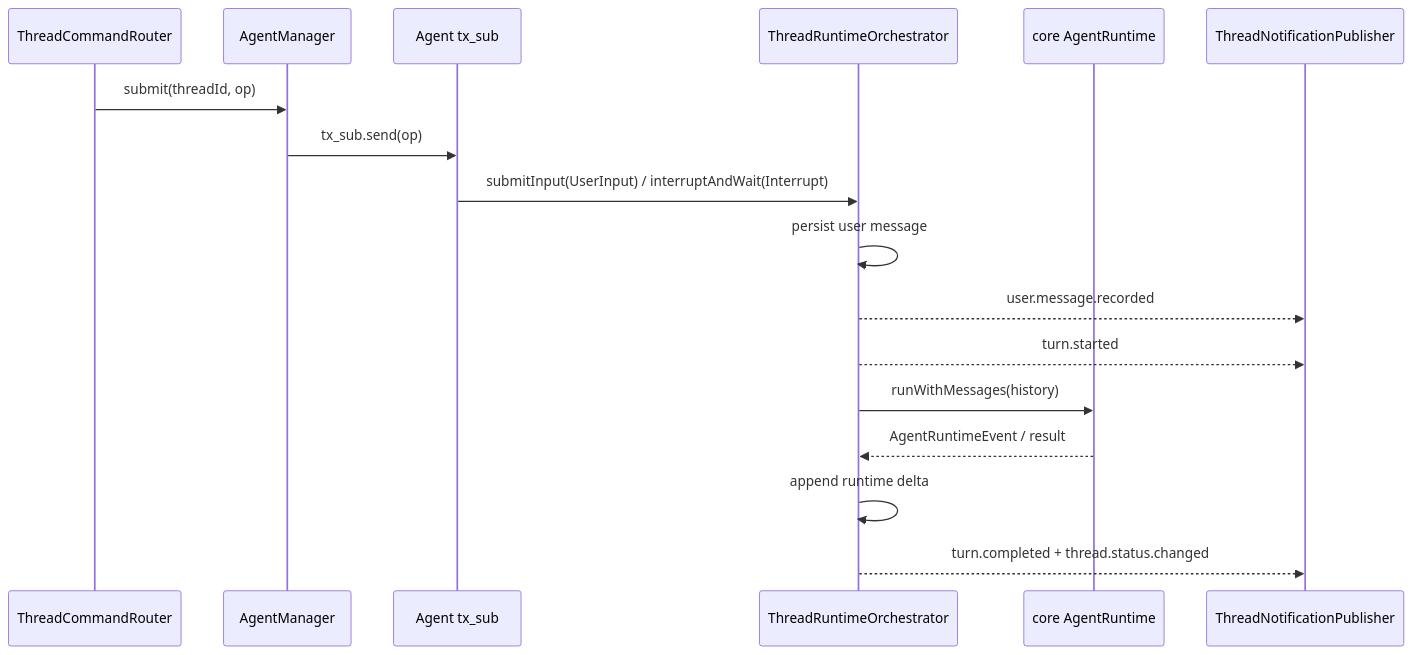
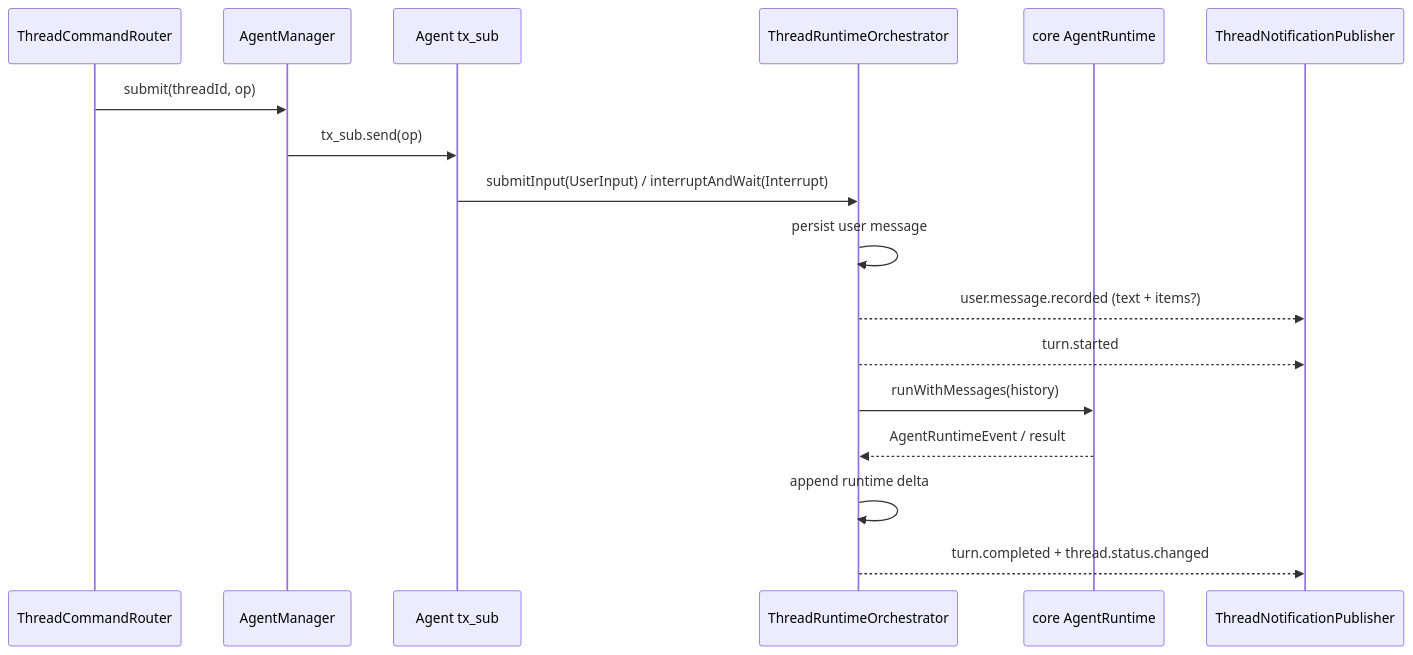
The diagram in apps/agent-server/src/thread/thread.md (Lixuhang987/Wisp-Pocket), drawn with Mermaid before and after one commit. The commit also changed other lines of this file and 39 other files, not shown here.

Commit message:
Add skill composer and structured user message round-trip

````diff
--- a/apps/agent-server/src/thread/thread.md
+++ b/apps/agent-server/src/thread/thread.md
@@ -25,20 +25,20 @@
 ```mermaid
 sequenceDiagram
   participant Router as ThreadCommandRouter
   participant Manager as AgentManager
   participant Agent as Agent tx_sub
   participant Orchestrator as ThreadRuntimeOrchestrator
   participant Runtime as core AgentRuntime
   participant Publisher as ThreadNotificationPublisher
 
   Router->>Manager: submit(threadId, op)
   Manager->>Agent: tx_sub.send(op)
   Agent->>Orchestrator: submitInput(UserInput) / interruptAndWait(Interrupt)
   Orchestrator->>Orchestrator: persist user message
-  Orchestrator-->>Publisher: user.message.recorded
+  Orchestrator-->>Publisher: user.message.recorded (text + items?)
   Orchestrator-->>Publisher: turn.started
   Orchestrator->>Runtime: runWithMessages(history)
   Runtime-->>Orchestrator: AgentRuntimeEvent / result
   Orchestrator->>Orchestrator: append runtime delta
   Orchestrator-->>Publisher: turn.completed + thread.status.changed
 ```
````
